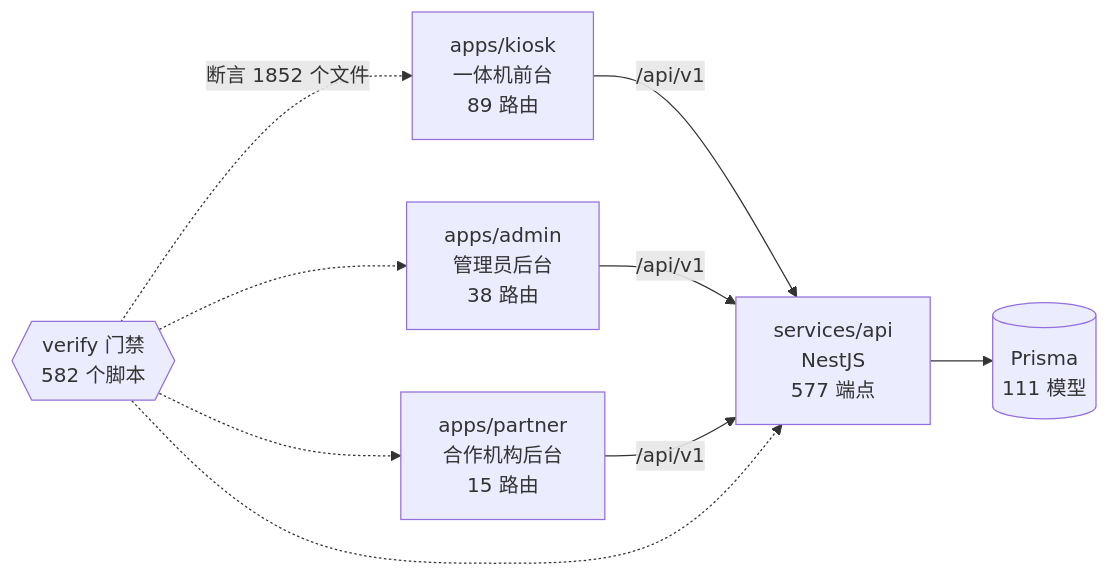
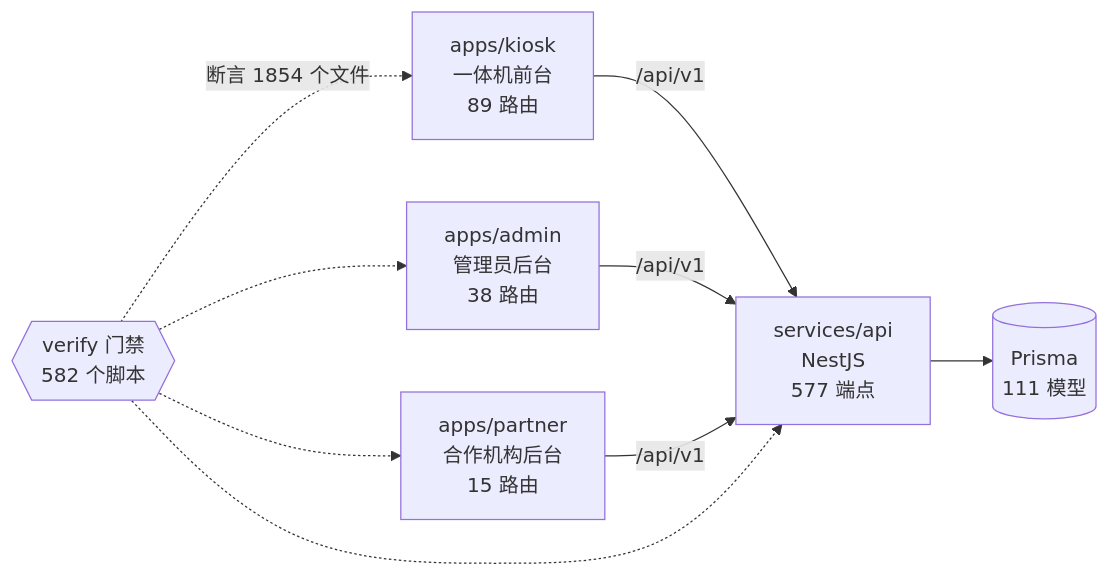
One commit to wanglei581/YITIJI changed the diagram in docs/graph/README.md. Above: the diagram before and after it, drawn with Mermaid. The commit also changed other lines of this file and 1 other file, not shown here.

Commit message:
chore(graph): 并候选后重生图谱

````diff
--- a/docs/graph/README.md
+++ b/docs/graph/README.md
@@ -68,18 +68,18 @@
 ```mermaid
 flowchart LR
   kiosk["apps/kiosk<br/>一体机前台<br/>89 路由"]
   admin["apps/admin<br/>管理员后台<br/>38 路由"]
   partner["apps/partner<br/>合作机构后台<br/>15 路由"]
   api["services/api<br/>NestJS<br/>577 端点"]
   db[("Prisma<br/>111 模型")]
   gates{{"verify 门禁<br/>582 个脚本"}}
 
   kiosk -->|"/api/v1"| api
   admin -->|"/api/v1"| api
   partner -->|"/api/v1"| api
   api --> db
-  gates -.->|"断言 1852 个文件"| kiosk
+  gates -.->|"断言 1854 个文件"| kiosk
   gates -.-> admin
   gates -.-> partner
   gates -.-> api
 ```
````
